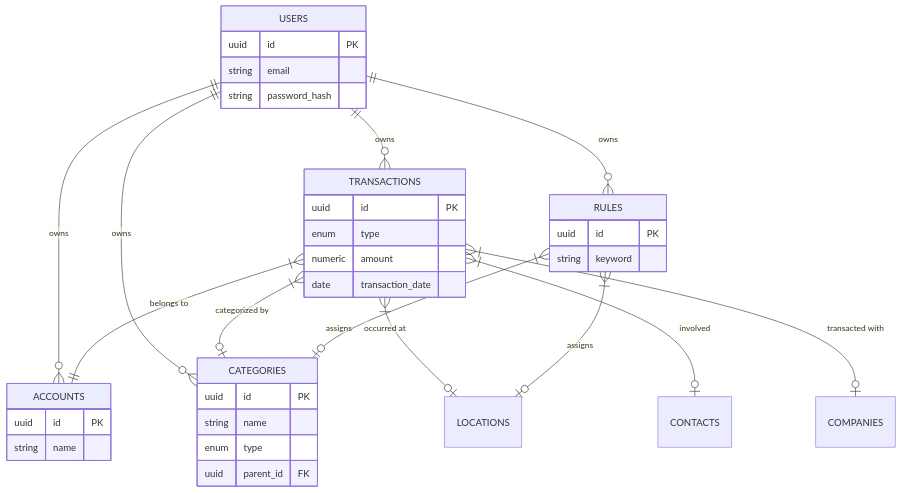
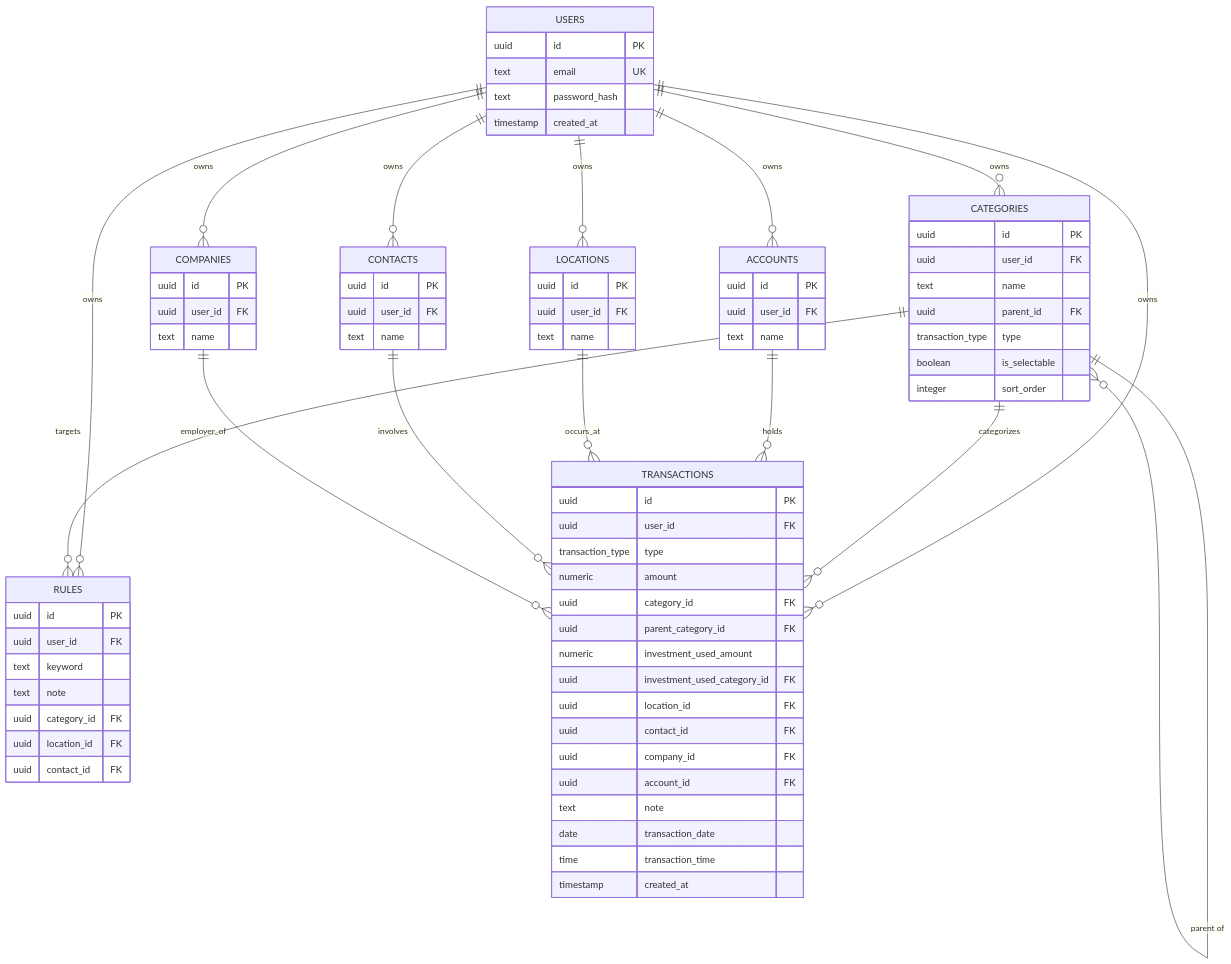
Before and after one commit to mdkdinesh2503/finance-tracker: the third of 3 diagrams in README.md, drawn with Mermaid. The commit also changed other lines of this file, not shown here.

Commit message:
docs: rewrite README with detailed architectural, security, and feature specifications

````diff
--- a/README.md
+++ b/README.md
@@ -55,41 +159,88 @@
 erDiagram
     USERS ||--o{ ACCOUNTS : owns
     USERS ||--o{ CATEGORIES : owns
+    USERS ||--o{ CONTACTS : owns
+    USERS ||--o{ COMPANIES : owns
+    USERS ||--o{ LOCATIONS : owns
+    USERS ||--o{ RULES : owns
     USERS ||--o{ TRANSACTIONS : owns
-    USERS ||--o{ RULES : owns
-    
-    TRANSACTIONS }|--|| ACCOUNTS : "belongs to"
-    TRANSACTIONS }|--o| CATEGORIES : "categorized by"
-    TRANSACTIONS }|--o| LOCATIONS : "occurred at"
-    TRANSACTIONS }|--o| CONTACTS : "involved"
-    TRANSACTIONS }|--o| COMPANIES : "transacted with"
-    
-    RULES }|--o| CATEGORIES : "assigns"
-    RULES }|--o| LOCATIONS : "assigns"
-    
+
+    CATEGORIES ||--o{ CATEGORIES : "parent of"
+    CATEGORIES ||--o{ TRANSACTIONS : categorizes
+    CATEGORIES ||--o{ RULES : targets
+
+    ACCOUNTS ||--o{ TRANSACTIONS : holds
+    LOCATIONS ||--o{ TRANSACTIONS : occurs_at
+    CONTACTS ||--o{ TRANSACTIONS : involves
+    COMPANIES ||--o{ TRANSACTIONS : employer_of
+
     USERS {
         uuid id PK
-        string email
-        string password_hash
+        text email UK
+        text password_hash
+        timestamp created_at
     }
+
+    ACCOUNTS {
+        uuid id PK
+        uuid user_id FK
+        text name
+    }
+
+    CATEGORIES {
+        uuid id PK
+        uuid user_id FK
+        text name
+        uuid parent_id FK
+        transaction_type type
+        boolean is_selectable
+        integer sort_order
+    }
+
     TRANSACTIONS {
         uuid id PK
-        enum type
+        uuid user_id FK
+        transaction_type type
         numeric amount
+        uuid category_id FK
+        uuid parent_category_id FK
+        numeric investment_used_amount
+        uuid investment_used_category_id FK
+        uuid location_id FK
+        uuid contact_id FK
+        uuid company_id FK
+        uuid account_id FK
+        text note
         date transaction_date
+        time transaction_time
+        timestamp created_at
     }
-    CATEGORIES {
-        uuid id PK
-        string name
-        enum type
-        uuid parent_id FK
-    }
-    ACCOUNTS {
-        uuid id PK
-        string name
-    }
+
     RULES {
         uuid id PK
-        string keyword
+        uuid user_id FK
+        text keyword
+        text note
+        uuid category_id FK
+        uuid location_id FK
+        uuid contact_id FK
+    }
+
+    CONTACTS {
+        uuid id PK
+        uuid user_id FK
+        text name
+    }
+
+    COMPANIES {
+        uuid id PK
+        uuid user_id FK
+        text name
+    }
+
+    LOCATIONS {
+        uuid id PK
+        uuid user_id FK
+        text name
     }
 ```
````
